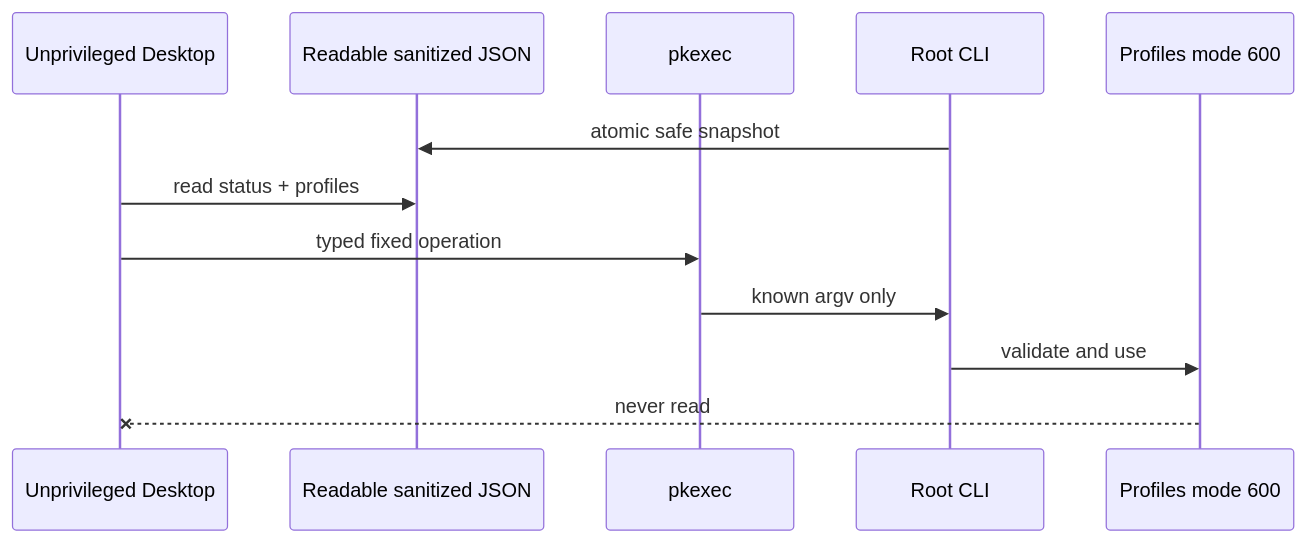
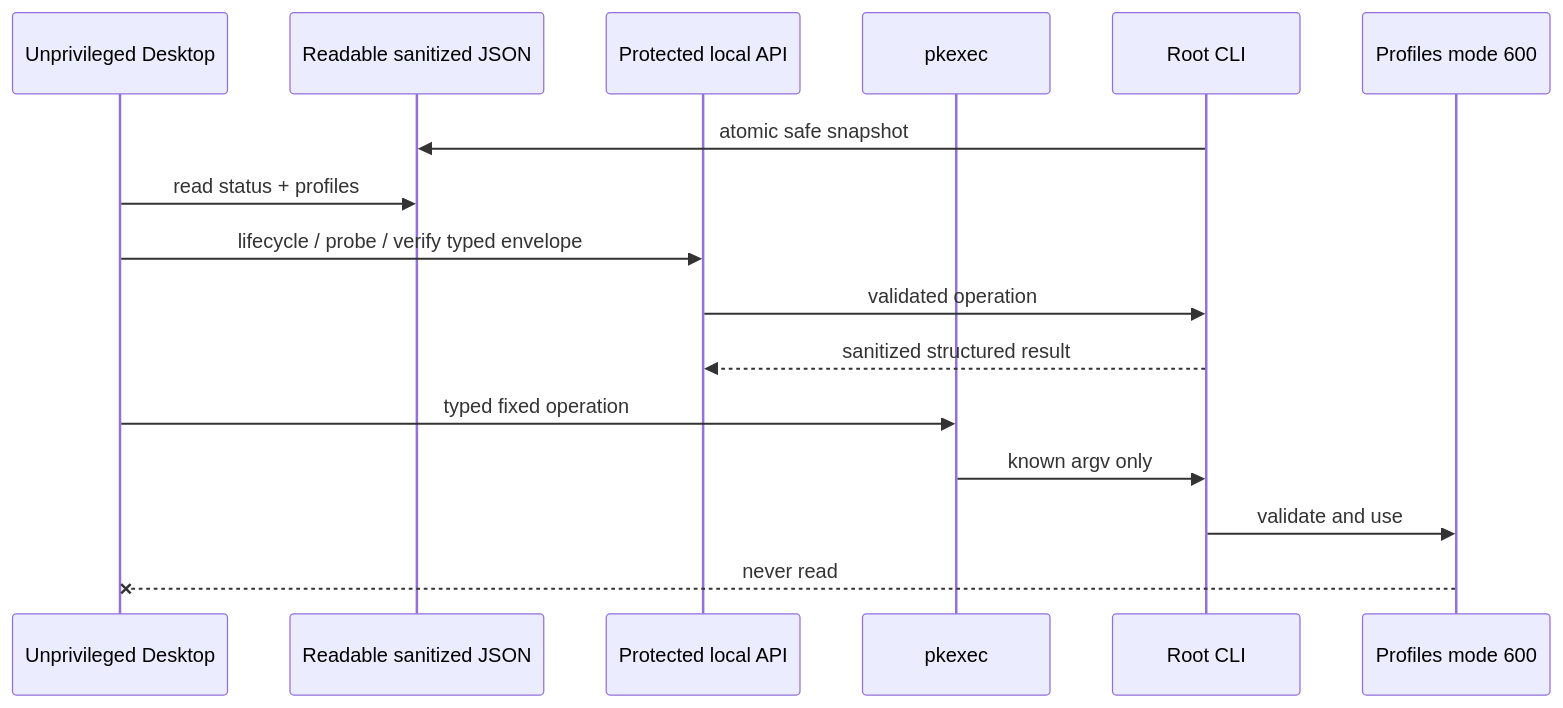
The third of 3 diagrams in wiki/Architecture.md (mazurovn/mazzy-vpn), drawn with Mermaid before and after one commit. The commit also changed other lines of this file and 75 other files, not shown here.

````diff
--- a/wiki/Architecture.md
+++ b/wiki/Architecture.md
@@ -63,15 +68,19 @@
 ```mermaid
 sequenceDiagram
     participant UI as Unprivileged Desktop
     participant Cache as Readable sanitized JSON
+    participant API as Protected local API
     participant PK as pkexec
     participant CLI as Root CLI
     participant Secret as Profiles mode 600
 
     CLI->>Cache: atomic safe snapshot
     UI->>Cache: read status + profiles
+    UI->>API: lifecycle / probe / verify typed envelope
+    API->>CLI: validated operation
+    CLI-->>API: sanitized structured result
     UI->>PK: typed fixed operation
     PK->>CLI: known argv only
     CLI->>Secret: validate and use
     Secret--xUI: never read
 ```
````
